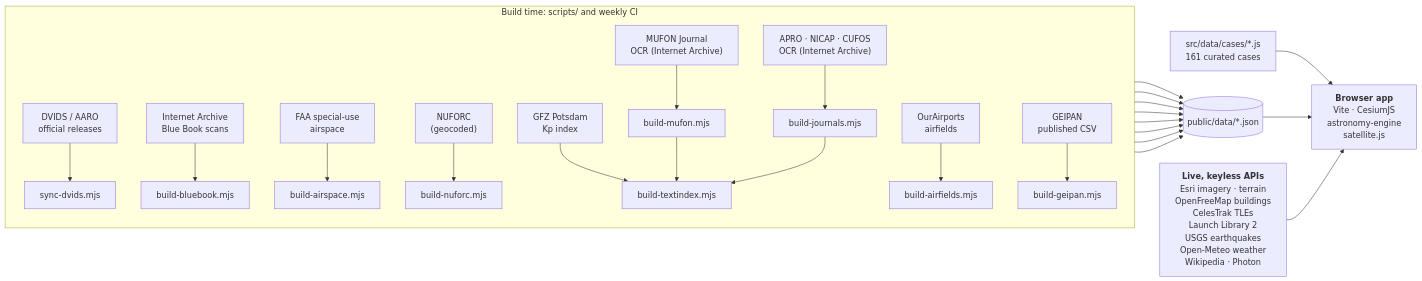
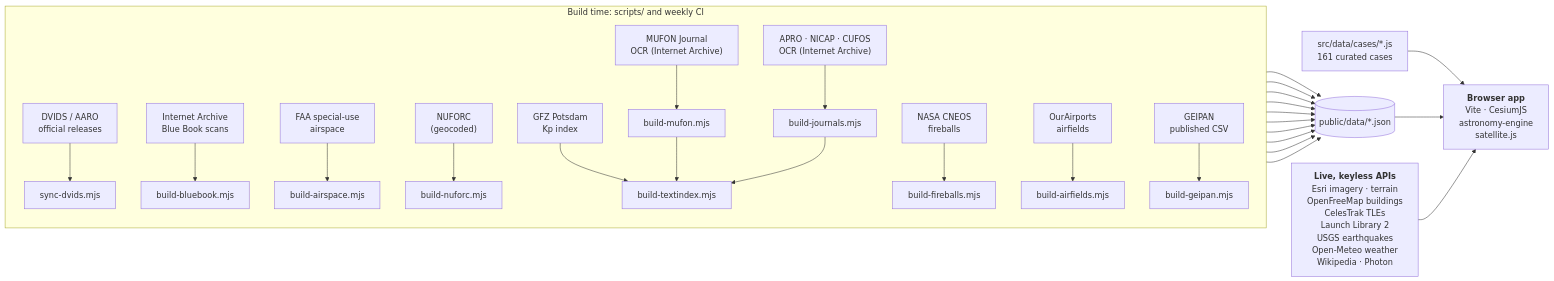
One commit to domw99/Gods-Eye-UAPs changed the diagram in README.md. Above: the diagram before and after it, drawn with Mermaid. The commit also changed other lines of this file and 20 other files, not shown here.

````diff
--- a/README.md
+++ b/README.md
@@ -383,20 +387,21 @@
 ```mermaid
 flowchart LR
   subgraph build["Build time: scripts/ and weekly CI"]
     direction TB
     DVIDS["DVIDS / AARO<br/>official releases"] --> S1["sync-dvids.mjs"]
     IA["Internet Archive<br/>Blue Book scans"] --> S2["build-bluebook.mjs"]
     FAA["FAA special-use<br/>airspace"] --> S3["build-airspace.mjs"]
     NUF["NUFORC<br/>(geocoded)"] --> S4["build-nuforc.mjs"]
     KP["GFZ Potsdam<br/>Kp index"] --> S8["build-kp.mjs"]
+    FB["NASA CNEOS<br/>fireballs"] --> S10["build-fireballs.mjs"]
     OA["OurAirports<br/>airfields"] --> S9["build-airfields.mjs"]
     MUF["MUFON Journal<br/>OCR (Internet Archive)"] --> S5["build-mufon.mjs"]
     GEI["GEIPAN<br/>published CSV"] --> S6["build-geipan.mjs"]
     ARC["APRO · NICAP · CUFOS<br/>OCR (Internet Archive)"] --> S7["build-journals.mjs"]
     S5 & S7 --> S8["build-textindex.mjs"]
   end
-  S1 & S2 & S3 & S4 & S5 & S6 & S7 & S8 --> DATA[("public/data/*.json")]
+  S1 & S2 & S3 & S4 & S5 & S6 & S7 & S8 & S9 & S10 --> DATA[("public/data/*.json")]
   CASES["src/data/cases/*.js<br/>161 curated cases"] --> APP
   DATA --> APP["<b>Browser app</b><br/>Vite · CesiumJS<br/>astronomy-engine<br/>satellite.js"]
   LIVE["<b>Live, keyless APIs</b><br/>Esri imagery · terrain<br/>OpenFreeMap buildings<br/>CelesTrak TLEs<br/>Launch Library 2<br/>USGS earthquakes<br/>Open-Meteo weather<br/>Wikipedia · Photon"] --> APP
 ```
````
